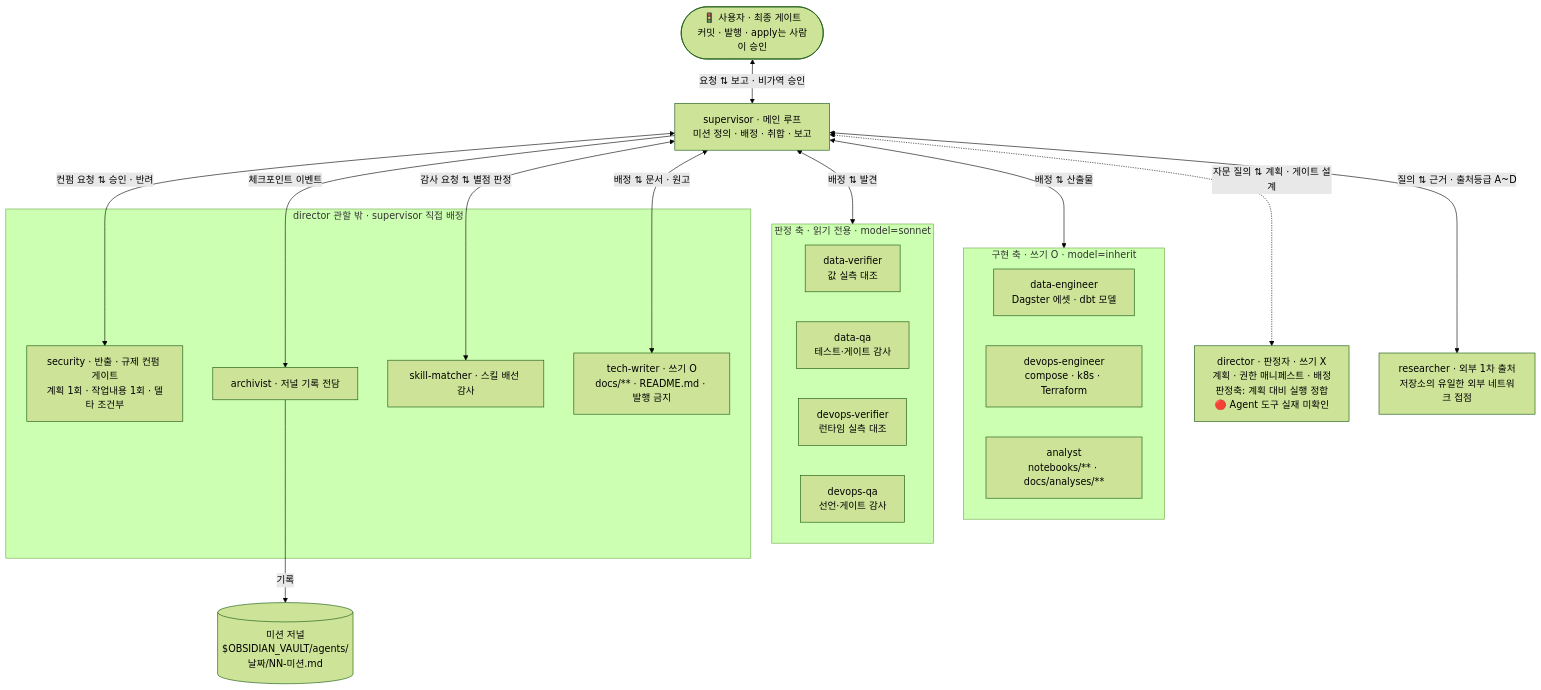
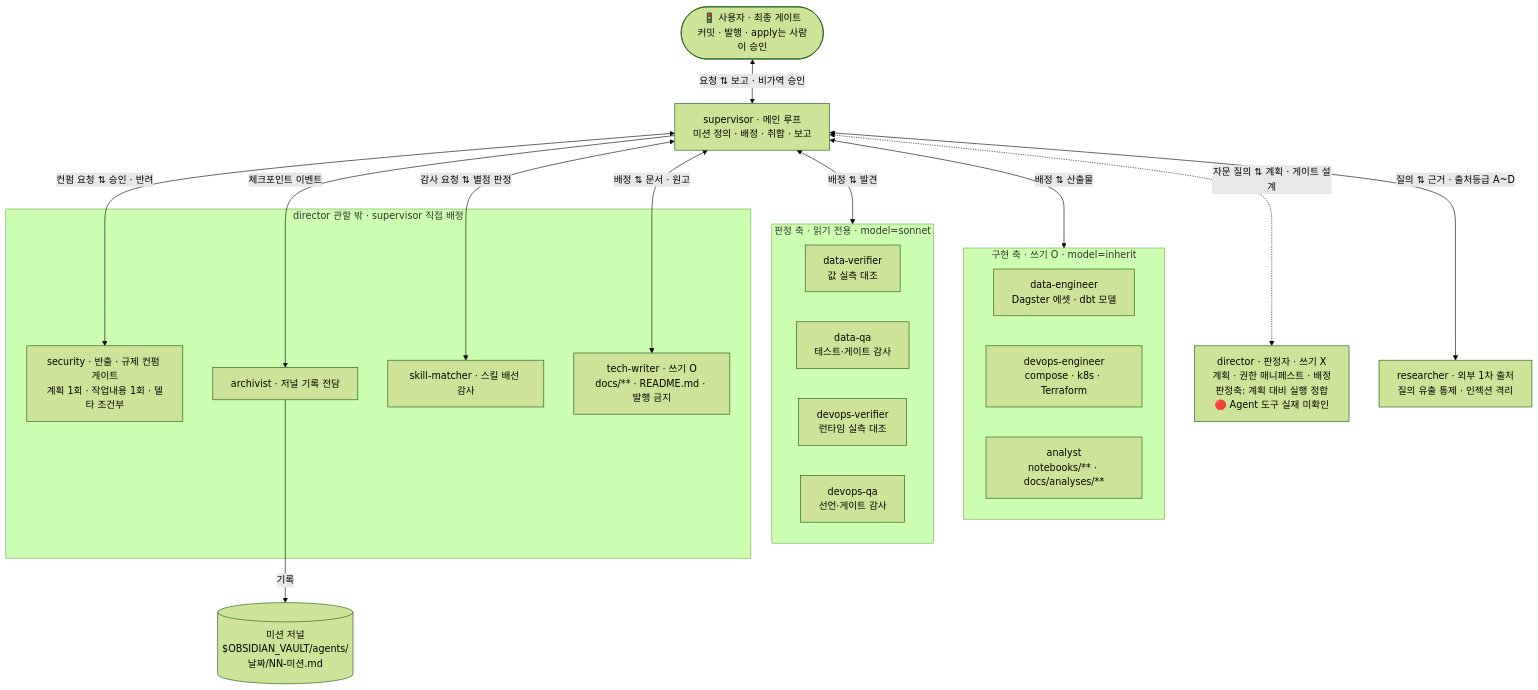
One commit to Melting-Face/dagster-study changed the first of 2 diagrams in README.md. Above: the diagram before and after it, drawn with Mermaid (forest theme). The commit also changed 5 other files, not shown here.

````diff
--- a/README.md
+++ b/README.md
@@ -217,40 +217,40 @@
 ```mermaid
 flowchart TB
     U(["🚦 사용자 · 최종 게이트<br/>커밋 · 발행 · apply는 사람이 승인"])
     SUP["supervisor · 메인 루프<br/>미션 정의 · 배정 · 취합 · 보고"]
     DIR["director · 판정자 · 쓰기 X<br/>계획 · 권한 매니페스트 · 배정<br/>판정축: 계획 대비 실행 정합<br/>🔴 Agent 도구 실재 미확인"]
 
     subgraph impl["구현 축 · 쓰기 O · model=inherit"]
         DE["data-engineer<br/>Dagster 에셋 · dbt 모델"]
         OE["devops-engineer<br/>compose · k8s · Terraform"]
         AN["analyst<br/>notebooks/** · docs/analyses/**"]
     end
 
     subgraph judge["판정 축 · 읽기 전용 · model=sonnet"]
         DV["data-verifier<br/>값 실측 대조"]
         DQ["data-qa<br/>테스트·게이트 감사"]
         OV["devops-verifier<br/>런타임 실측 대조"]
         OQ["devops-qa<br/>선언·게이트 감사"]
     end
 
-    RES["researcher · 외부 1차 출처<br/>저장소의 유일한 외부 네트워크 접점"]
+    RES["researcher · 외부 1차 출처<br/>질의 유출 통제 · 인젝션 격리"]
 
     subgraph outside["director 관할 밖 · supervisor 직접 배정"]
         SEC["security · 반출 · 규제 컨펌 게이트<br/>계획 1회 · 작업내용 1회 · 델타 조건부"]
         ARC["archivist · 저널 기록 전담"]
         SKM["skill-matcher · 스킬 배선 감사"]
         TW["tech-writer · 쓰기 O<br/>docs/** · README.md · 발행 금지"]
     end
     JR[("미션 저널<br/>$OBSIDIAN_VAULT/agents/날짜/NN-미션.md")]
 
     U <-->|"요청 ⇅ 보고 · 비가역 승인"| SUP
     SUP <-.->|"자문 질의 ⇅ 계획 · 게이트 설계"| DIR
     SUP <-->|"배정 ⇅ 산출물"| impl
     SUP <-->|"배정 ⇅ 발견"| judge
     SUP <-->|"질의 ⇅ 근거 · 출처등급 A~D"| RES
     SUP <-->|"컨펌 요청 ⇅ 승인 · 반려"| SEC
     SUP <-->|"감사 요청 ⇅ 별점 판정"| SKM
     SUP <-->|"배정 ⇅ 문서 · 원고"| TW
     SUP -->|"체크포인트 이벤트"| ARC
     ARC -->|기록| JR
 ```
````
